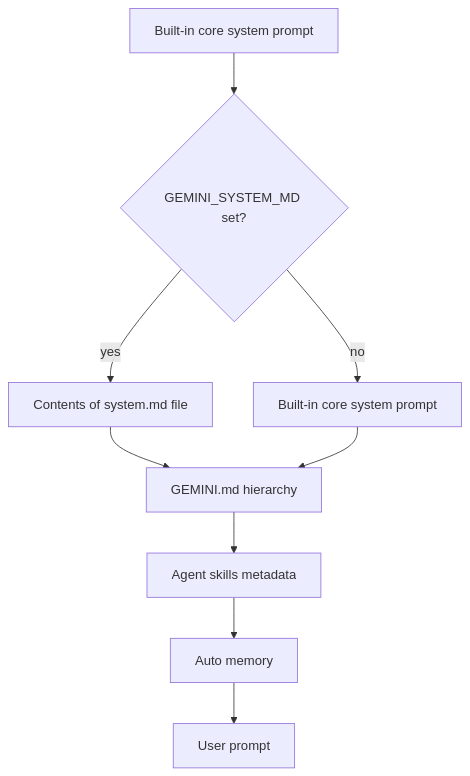
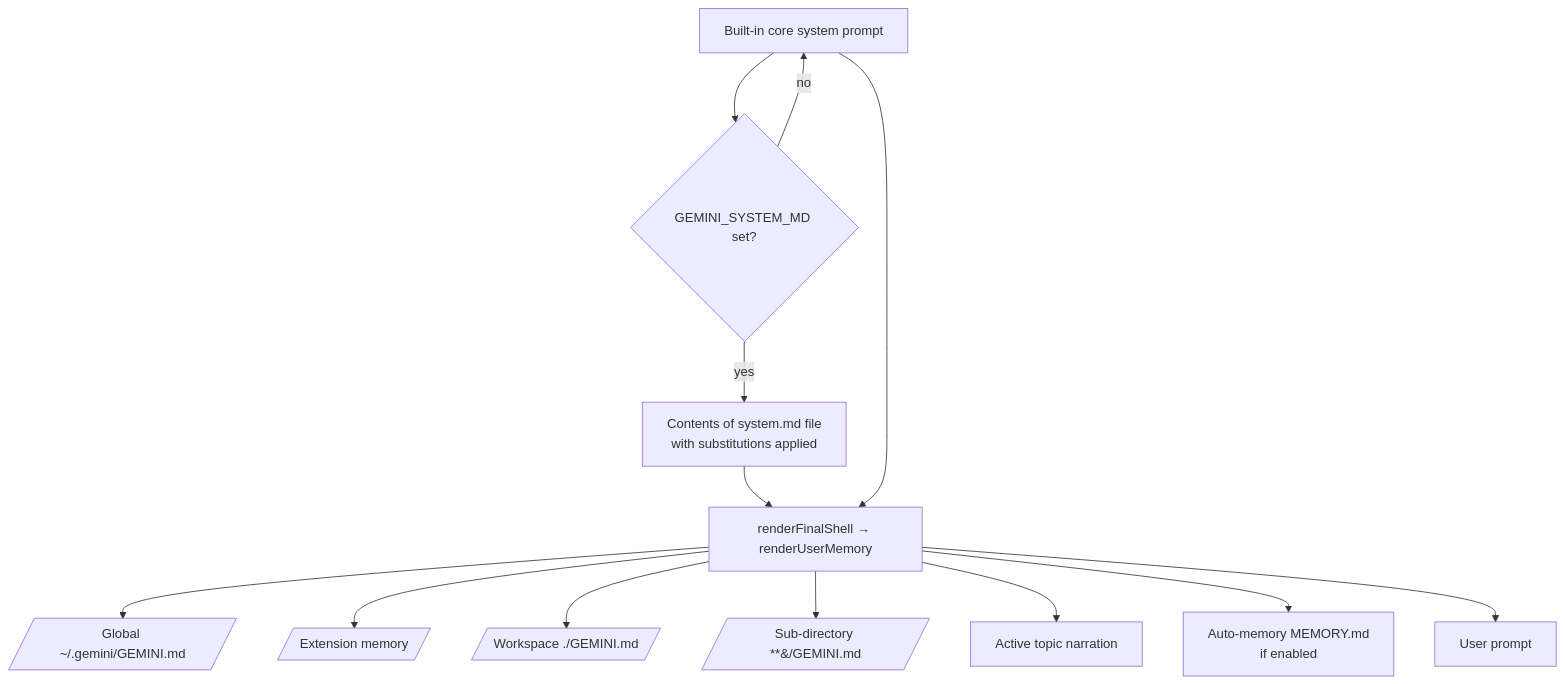
The first of 2 diagrams in claudine/docs/research/system-prompt/gemini.md (yankeeinlondon/rusty-biscuit), drawn with Mermaid before and after one commit. The commit also changed other lines of this file and 9 other files, not shown here.

First line of the commit message:
docs(claudine): expand system-prompt fleet with kilo, kimi providers

````diff
--- a/claudine/docs/research/system-prompt/gemini.md
+++ b/claudine/docs/research/system-prompt/gemini.md
@@ -285,11 +572,15 @@
 ```mermaid
 graph TD
-    A[Built-in core system prompt] --> B{GEMINI_SYSTEM_MD set?}
-    B -- yes --> C[Contents of system.md file]
-    B -- no --> D[Built-in core system prompt]
-    C --> E[GEMINI.md hierarchy]
-    D --> E
-    E --> F[Agent skills metadata]
-    F --> G[Auto memory]
-    G --> H[User prompt]
+  A[Built-in core system prompt] --> B{GEMINI_SYSTEM_MD set?}
+  B -- yes --> C[Contents of system.md file<br/>with substitutions applied]
+  B -- no --> A
+  C --> D[renderFinalShell → renderUserMemory]
+  A --> D
+  D --> D1[/Global ~/.gemini/GEMINI.md/]
+  D --> D2[/Extension memory/]
+  D --> D3[/Workspace ./GEMINI.md/]
+  D --> D4[/Sub-directory **&#47;GEMINI.md/]
+  D --> F[Active topic narration]
+  D --> E[Auto-memory MEMORY.md<br/>if enabled]
+  D --> P[User prompt]
 ```
````
